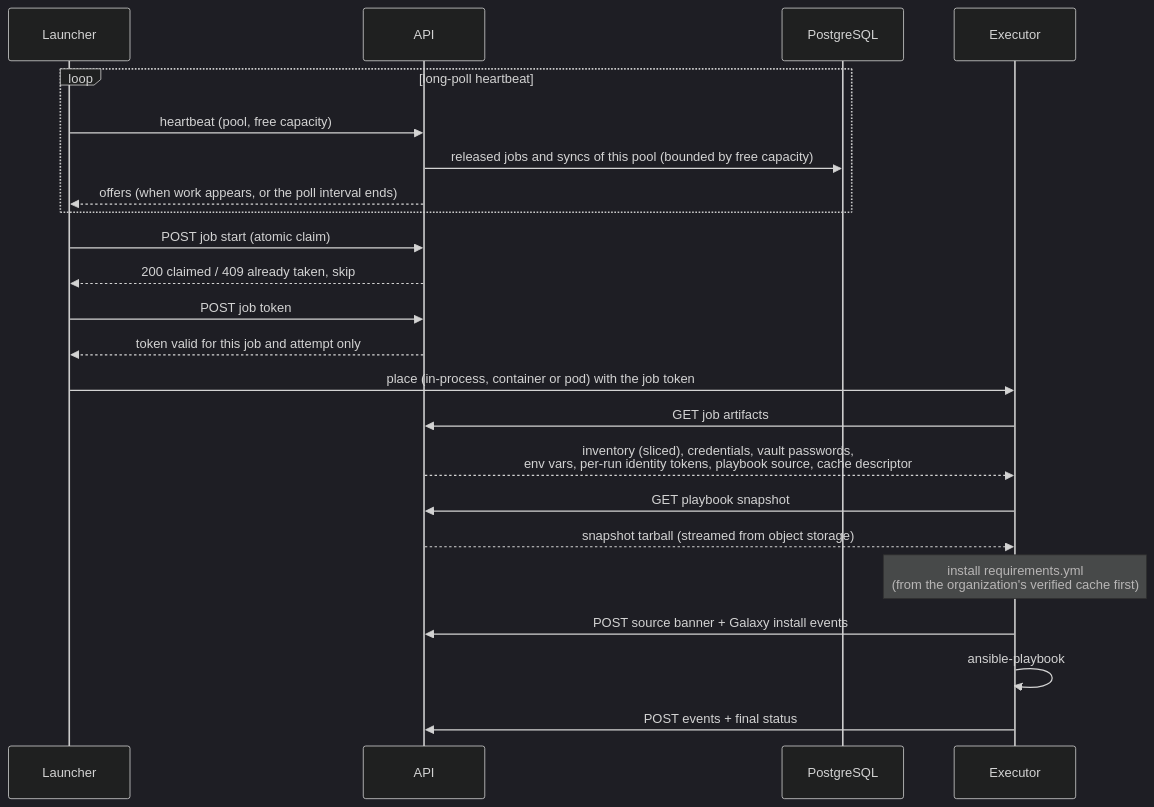
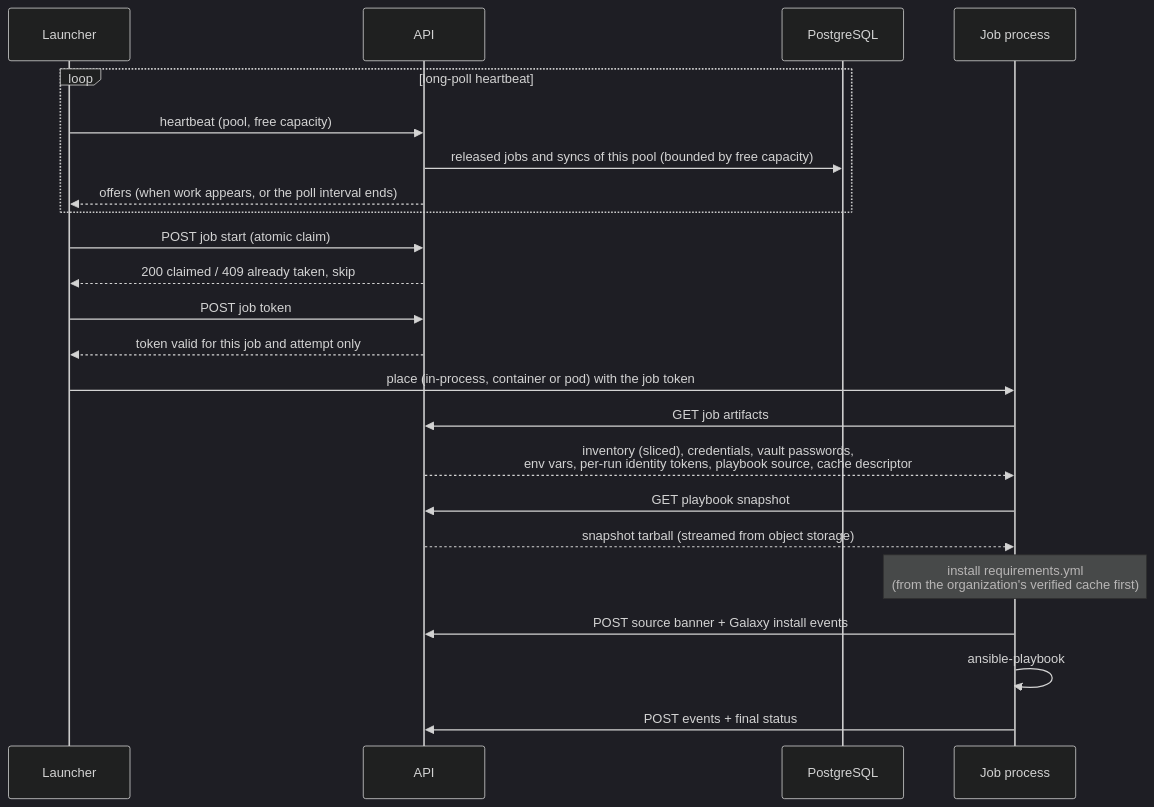
One commit to vhco-pro/stackweaver-frontend changed the third of 7 diagrams in docs/features/ansible/execution-flows.md. Above: the diagram before and after it, drawn with Mermaid (dark theme). The commit also changed other lines of this file and 100 other files, not shown here.

````diff
--- a/docs/features/ansible/execution-flows.md
+++ b/docs/features/ansible/execution-flows.md
@@ -293,25 +293,25 @@
 ```mermaid
 sequenceDiagram
     participant Launcher
     participant API
     participant DB as PostgreSQL
-    participant Executor
+    participant Job as Job process
     loop long-poll heartbeat
         Launcher->>API: heartbeat (pool, free capacity)
         API->>DB: released jobs and syncs of this pool (bounded by free capacity)
         API-->>Launcher: offers (when work appears, or the poll interval ends)
     end
     Launcher->>API: POST job start (atomic claim)
     API-->>Launcher: 200 claimed / 409 already taken, skip
     Launcher->>API: POST job token
     API-->>Launcher: token valid for this job and attempt only
-    Launcher->>Executor: place (in-process, container or pod) with the job token
-    Executor->>API: GET job artifacts
-    API-->>Executor: inventory (sliced), credentials, vault passwords,<br/>env vars, per-run identity tokens, playbook source, cache descriptor
-    Executor->>API: GET playbook snapshot
-    API-->>Executor: snapshot tarball (streamed from object storage)
-    Note over Executor: install requirements.yml<br/>(from the organization's verified cache first)
-    Executor->>API: POST source banner + Galaxy install events
-    Executor->>Executor: ansible-playbook
-    Executor->>API: POST events + final status
+    Launcher->>Job: place (in-process, container or pod) with the job token
+    Job->>API: GET job artifacts
+    API-->>Job: inventory (sliced), credentials, vault passwords,<br/>env vars, per-run identity tokens, playbook source, cache descriptor
+    Job->>API: GET playbook snapshot
+    API-->>Job: snapshot tarball (streamed from object storage)
+    Note over Job: install requirements.yml<br/>(from the organization's verified cache first)
+    Job->>API: POST source banner + Galaxy install events
+    Job->>Job: ansible-playbook
+    Job->>API: POST events + final status
 ```
````
